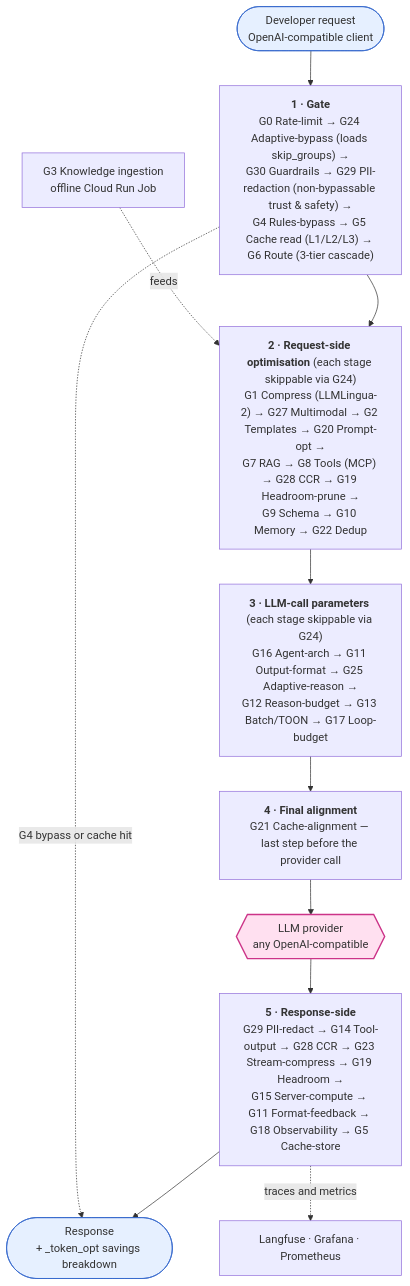
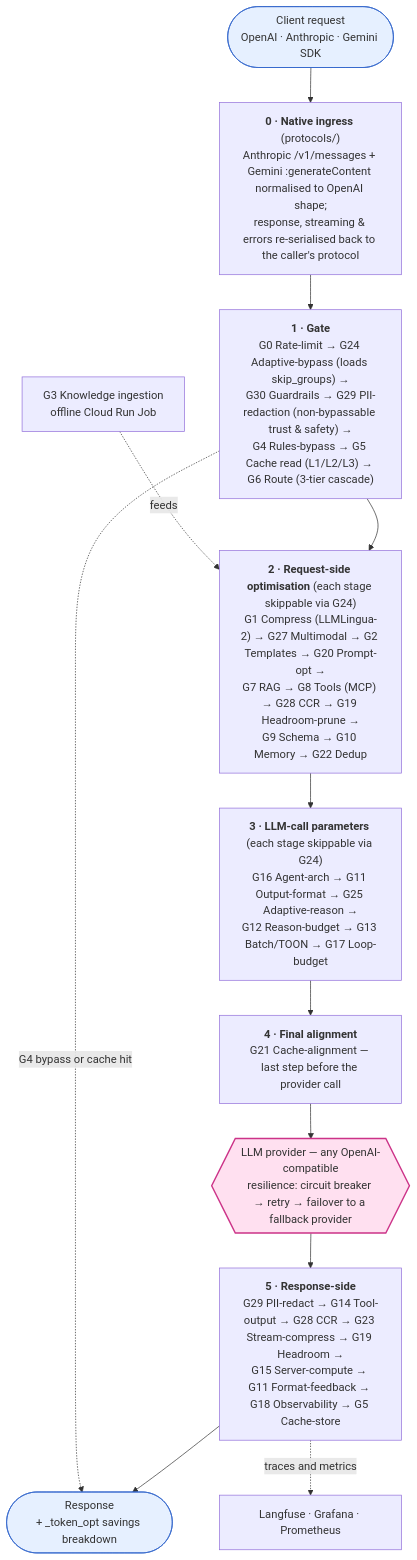
One commit to sumitdevgupto/TokenLean changed the diagram in README.md. Above: the diagram before and after it, drawn with Mermaid. The commit also changed other lines of this file, not shown here.

First line of the commit message:
docs(readme): weave failover, trust & safety, and multi-protocol through all sections

````diff
--- a/README.md
+++ b/README.md
@@ -159,44 +159,48 @@
 ```mermaid
 flowchart TB
-    Req(["`Developer request
-    OpenAI-compatible client`"])
+    Req(["`Client request
+    OpenAI · Anthropic · Gemini SDK`"])
+
+    Ingress["`**0 · Native ingress** (protocols/)
+    Anthropic /v1/messages + Gemini :generateContent normalised to OpenAI shape;
+    response, streaming & errors re-serialised back to the caller's protocol`"]
 
     Gate["`**1 · Gate**
     G0 Rate-limit → G24 Adaptive-bypass (loads skip_groups) →
     G30 Guardrails → G29 PII-redaction (non-bypassable trust & safety) →
     G4 Rules-bypass → G5 Cache read (L1/L2/L3) → G6 Route (3-tier cascade)`"]
 
     ReqOpt["`**2 · Request-side optimisation** (each stage skippable via G24)
     G1 Compress (LLMLingua-2) → G27 Multimodal → G2 Templates → G20 Prompt-opt →
     G7 RAG → G8 Tools (MCP) → G28 CCR → G19 Headroom-prune →
     G9 Schema → G10 Memory → G22 Dedup`"]
 
     Params["`**3 · LLM-call parameters** (each stage skippable via G24)
     G16 Agent-arch → G11 Output-format → G25 Adaptive-reason →
     G12 Reason-budget → G13 Batch/TOON → G17 Loop-budget`"]
 
     Align["`**4 · Final alignment**
     G21 Cache-alignment — last step before the provider call`"]
 
-    LLM{{"`LLM provider
-    any OpenAI-compatible`"}}
+    LLM{{"`LLM provider — any OpenAI-compatible
+    resilience: circuit breaker → retry → failover to a fallback provider`"}}
 
     Resp2["`**5 · Response-side**
     G29 PII-redact → G14 Tool-output → G28 CCR → G23 Stream-compress → G19 Headroom →
     G15 Server-compute → G11 Format-feedback → G18 Observability → G5 Cache-store`"]
 
     Out(["`Response
     + _token_opt savings breakdown`"])
 
-    Req --> Gate --> ReqOpt --> Params --> Align --> LLM --> Resp2 --> Out
+    Req --> Ingress --> Gate --> ReqOpt --> Params --> Align --> LLM --> Resp2 --> Out
 
     Gate -.->|G4 bypass or cache hit| Out
     Ingest["`G3 Knowledge ingestion
     offline Cloud Run Job`"] -.->|feeds| ReqOpt
     Resp2 -.->|traces and metrics| Dash["Langfuse · Grafana · Prometheus"]
 
     classDef llm fill:#ffe0f0,stroke:#cc3388,stroke-width:2px;
     classDef io fill:#e6f0ff,stroke:#3366cc;
     class LLM llm;
     class Req,Out io;
 ```
````
